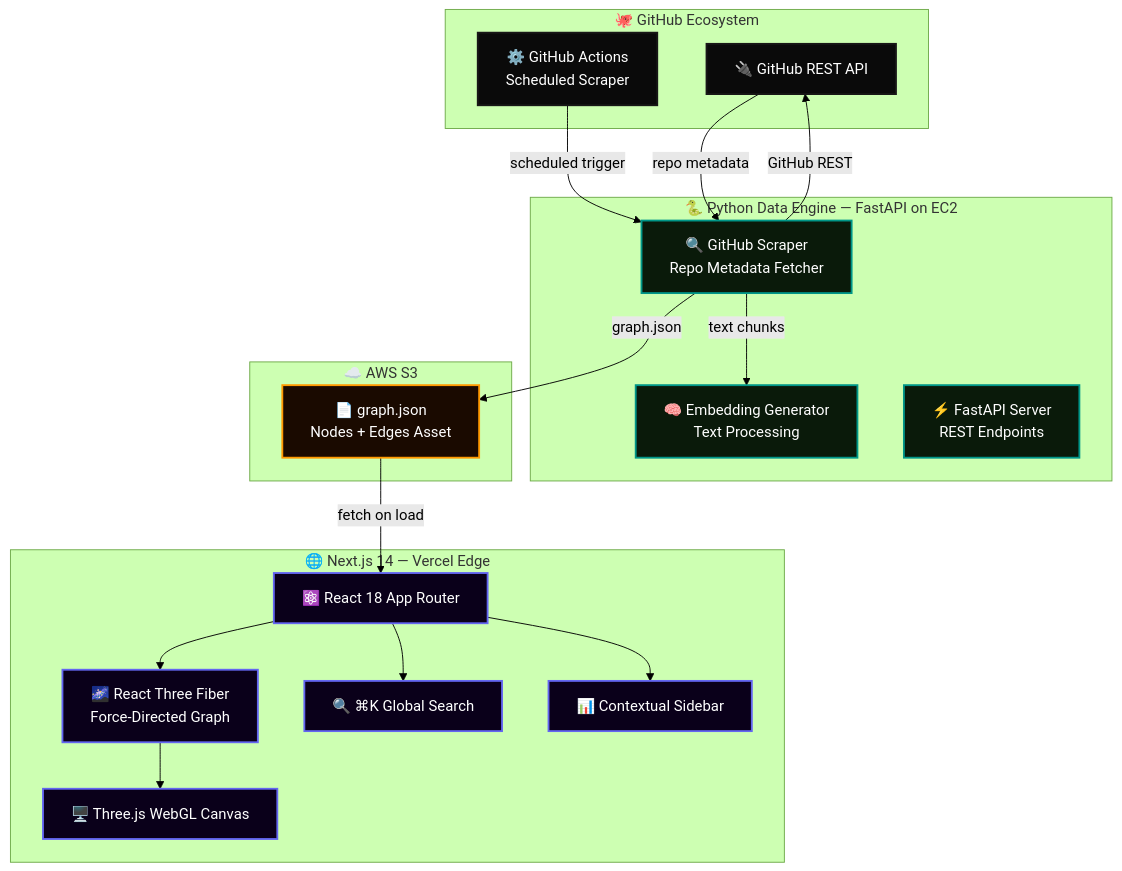
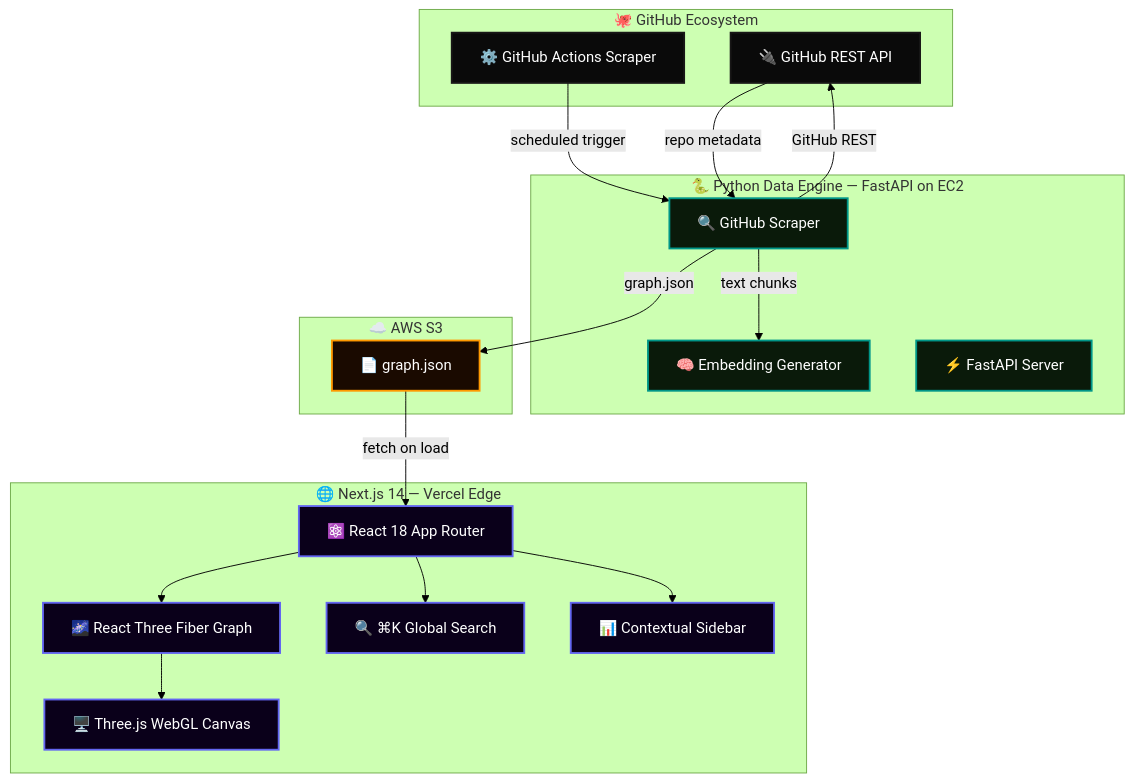
Before and after one commit to salonyranjan/neural-portfolio: the first of 3 diagrams in README.md, drawn with Mermaid (forest theme). The commit also changed other lines of this file, not shown here.

````diff
--- a/README.md
+++ b/README.md
@@ -205,46 +144,46 @@
 ```mermaid
 graph TD
     subgraph GitHub ["🐙 GitHub Ecosystem"]
         GH_API[🔌 GitHub REST API]
-        GH_ACT[⚙️ GitHub Actions<br/>Scheduled Scraper]
+        GH_ACT[⚙️ GitHub Actions Scraper]
     end
 
     subgraph Backend ["🐍 Python Data Engine — FastAPI on EC2"]
-        SCRAPER[🔍 GitHub Scraper<br/>Repo Metadata Fetcher]
-        EMBED[🧠 Embedding Generator<br/>Text Processing]
-        API[⚡ FastAPI Server<br/>REST Endpoints]
+        SCRAPER[🔍 GitHub Scraper]
+        EMBED[🧠 Embedding Generator]
+        API[⚡ FastAPI Server]
     end
 
     subgraph Storage ["☁️ AWS S3"]
-        JSON[📄 graph.json<br/>Nodes + Edges Asset]
+        JSON[📄 graph.json]
     end
 
     subgraph Frontend ["🌐 Next.js 14 — Vercel Edge"]
         APP[⚛️ React 18 App Router]
-        R3F[🌌 React Three Fiber<br/>Force-Directed Graph]
+        R3F[🌌 React Three Fiber Graph]
         CANVAS[🖥️ Three.js WebGL Canvas]
         SEARCH[🔍 ⌘K Global Search]
         SIDEBAR[📊 Contextual Sidebar]
     end
 
     GH_ACT -->|scheduled trigger| SCRAPER
     SCRAPER -->|GitHub REST| GH_API
     GH_API -->|repo metadata| SCRAPER
     SCRAPER -->|graph.json| JSON
     SCRAPER -->|text chunks| EMBED
 
     JSON -->|fetch on load| APP
     APP --> R3F --> CANVAS
     APP --> SEARCH
     APP --> SIDEBAR
 
     classDef github fill:#0a0a0a,stroke:#181717,stroke-width:2px,color:#fff;
     classDef backend fill:#0a1a0a,stroke:#009688,stroke-width:2px,color:#fff;
     classDef storage fill:#1a0a00,stroke:#FF9900,stroke-width:2px,color:#fff;
     classDef frontend fill:#0a001a,stroke:#6366f1,stroke-width:2px,color:#fff;
 
     class GH_API,GH_ACT github;
     class SCRAPER,EMBED,API backend;
     class JSON storage;
     class APP,R3F,CANVAS,SEARCH,SIDEBAR frontend;
 ```
````
